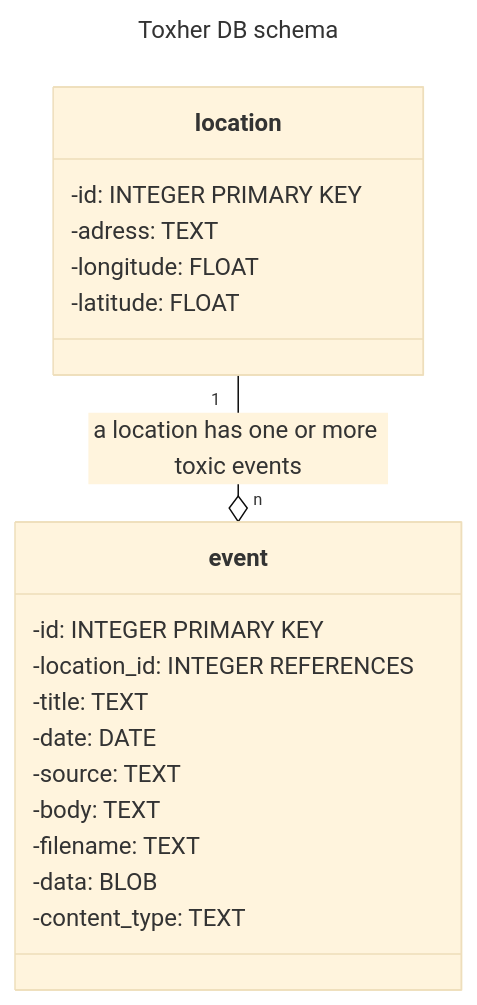
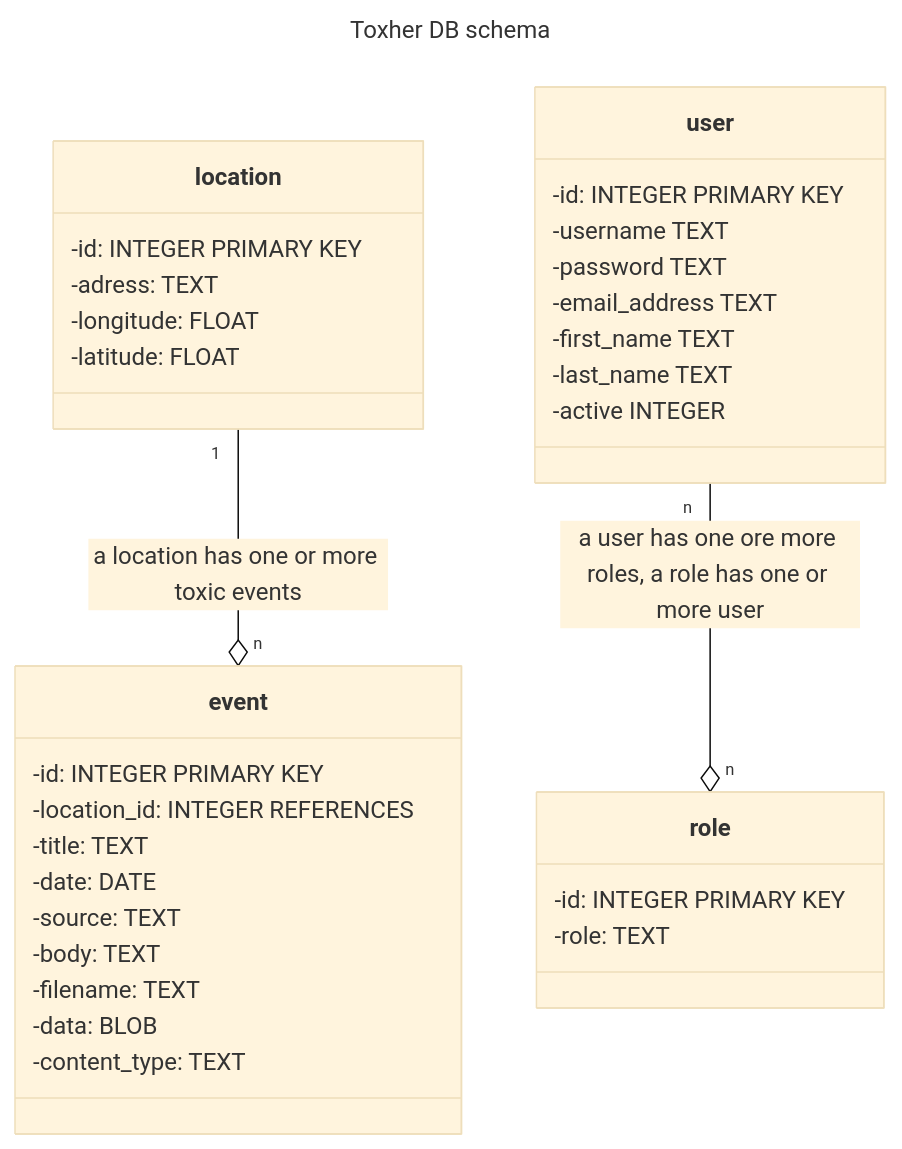
The diagram in README.md (ckassung/ToxHer), drawn with Mermaid (base theme) before and after one commit. The commit also changed other lines of this file and 5 other files, not shown here.

````diff
--- a/README.md
+++ b/README.md
@@ -33,24 +33,39 @@
 ```mermaid
 ---
 title: Toxher DB schema
 ---
 classDiagram
   class location {
-    -id: INTEGER PRIMARY KEY
-    -adress: TEXT
-    -longitude: FLOAT
-    -latitude: FLOAT
+    -id:           INTEGER PRIMARY KEY
+    -adress:       TEXT
+    -longitude:    FLOAT
+    -latitude:     FLOAT
   }
   class event {
-    -id: INTEGER PRIMARY KEY
-    -location_id: INTEGER REFERENCES
-    -title: TEXT
-    -date: DATE
-    -source: TEXT
-    -body: TEXT
-    -filename: TEXT
-    -data: BLOB
+    -id:           INTEGER PRIMARY KEY
+    -location_id:  INTEGER REFERENCES
+    -title:        TEXT
+    -date:         DATE
+    -source:       TEXT
+    -body:         TEXT
+    -filename:     TEXT
+    -data:         BLOB
     -content_type: TEXT
   }
+  class user {
+    -id:           INTEGER PRIMARY KEY
+    -username      TEXT
+    -password      TEXT
+    -email_address TEXT
+    -first_name    TEXT
+    -last_name     TEXT
+    -active        INTEGER
+  }
+  class role {
+    -id:           INTEGER PRIMARY KEY
+    -role:         TEXT
+  }
+
 location "1" --o "n" event : a location has one or more toxic events
+user "n" --o "n" role : a user has one ore more roles, a role has one or more user
 ```
````
